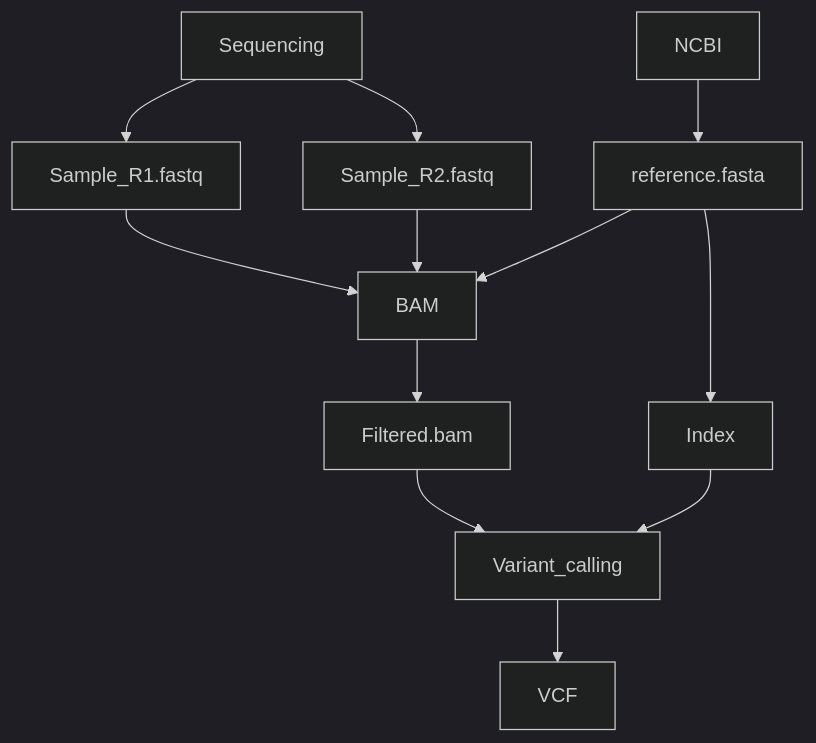
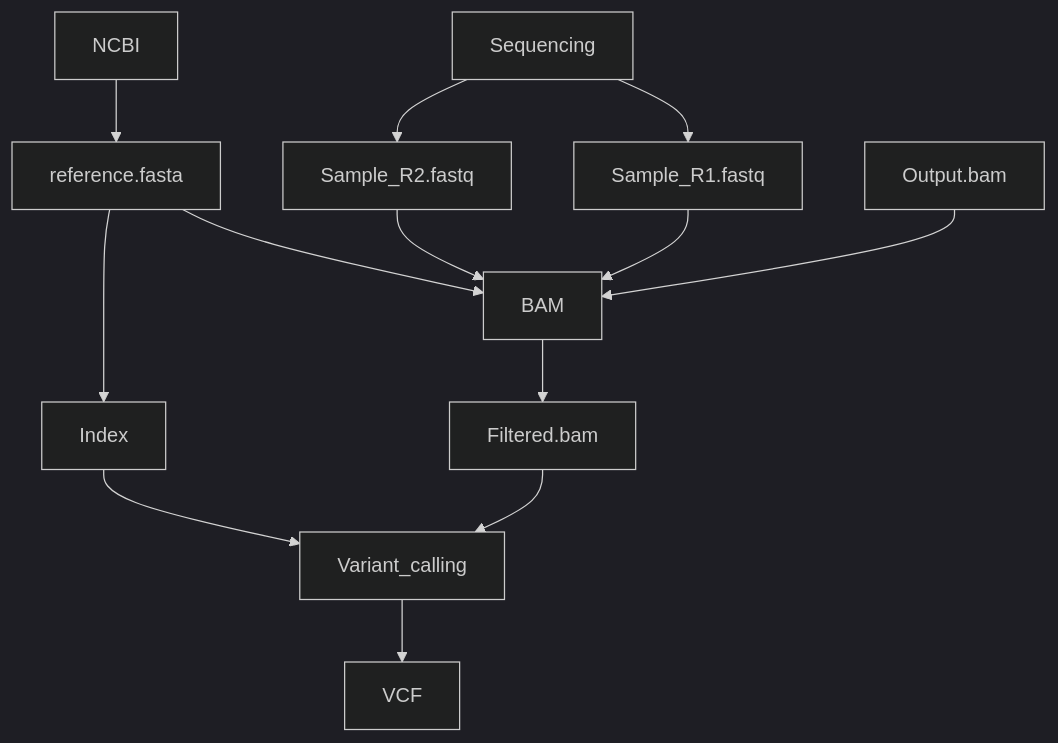
Before and after one commit to fchuffar/mitoseq: the diagram in README.md, drawn with Mermaid (dark theme). The commit also changed other lines of this file, not shown here.

````diff
--- a/README.md
+++ b/README.md
@@ -33,15 +29,16 @@
 ```mermaid
 graph TD;
 Sequencing-->Sample_R1.fastq;
 Sequencing-->Sample_R2.fastq;
 NCBI-->reference.fasta;
 Sample_R1.fastq-->BAM;
 Sample_R2.fastq-->BAM;
 reference.fasta-->BAM;
+Output.bam-->BAM;
 reference.fasta-->Index;
 BAM-->Filtered.bam;
 Filtered.bam-->Variant_calling;
 Index-->Variant_calling;
 Variant_calling-->VCF
 
 ```
````
